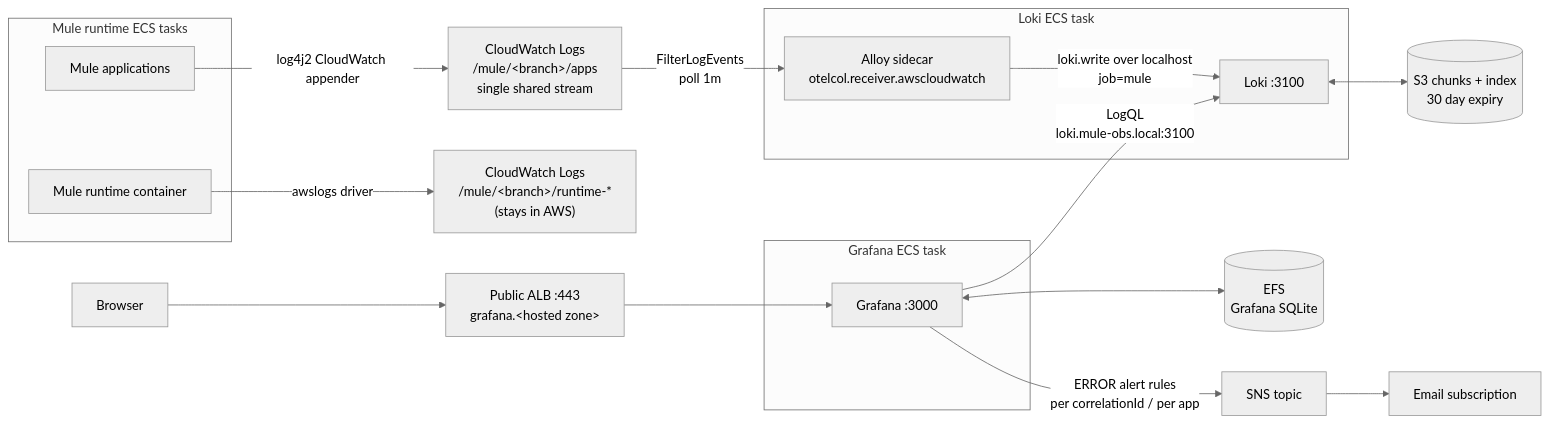
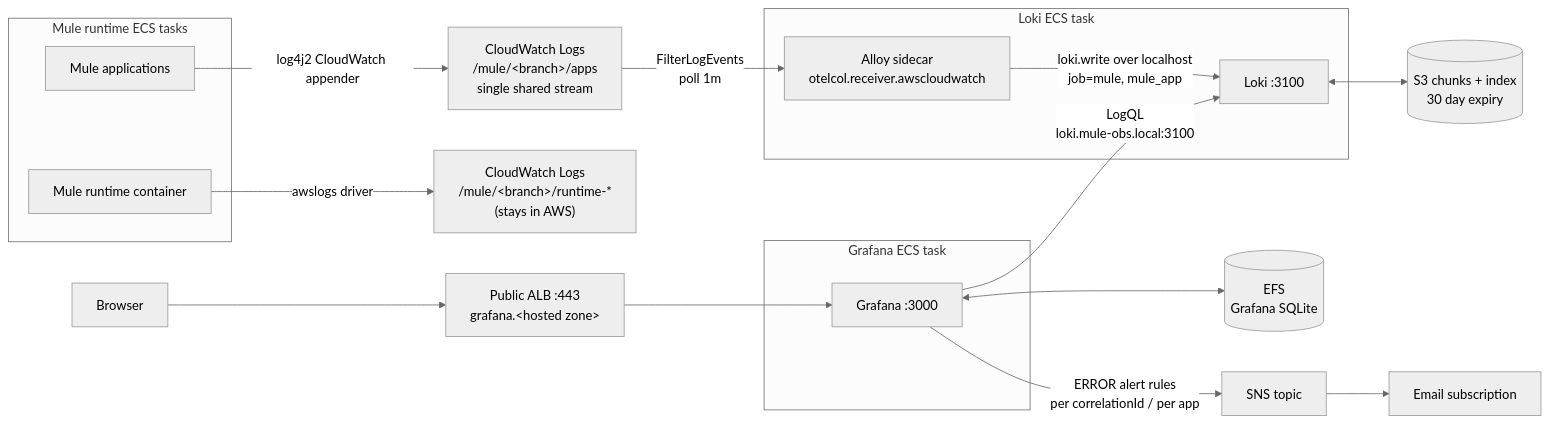
The diagram in README.md (GemeenteNijmegen/mule-infra), drawn with Mermaid (neutral theme) before and after one commit. The commit also changed other lines of this file and 3 other files, not shown here.

````diff
--- a/README.md
+++ b/README.md
@@ -113,30 +113,30 @@
 ```mermaid
 flowchart LR
     U["Browser"] --> ALB["Public ALB :443<br/>grafana.&lt;hosted zone&gt;"]
 
     subgraph muleTask["Mule runtime ECS tasks"]
         MR["Mule runtime container"]
         MA["Mule applications"]
     end
 
     MR -- "awslogs driver" --> CWR["CloudWatch Logs<br/>/mule/&lt;branch&gt;/runtime-*<br/>(stays in AWS)"]
     MA -- "log4j2 CloudWatch appender" --> CWA["CloudWatch Logs<br/>/mule/&lt;branch&gt;/apps<br/>single shared stream"]
 
     subgraph lokiTask["Loki ECS task"]
         AL["Alloy sidecar<br/>otelcol.receiver.awscloudwatch"]
         LK["Loki :3100"]
-        AL -- "loki.write over localhost<br/>job=mule" --> LK
+        AL -- "loki.write over localhost<br/>job=mule, mule_app" --> LK
     end
 
     CWA -- "FilterLogEvents<br/>poll 1m" --> AL
     LK <--> S3[("S3 chunks + index<br/>30 day expiry")]
 
     subgraph grafanaTask["Grafana ECS task"]
         GR["Grafana :3000"]
     end
 
     ALB --> GR
     GR <--> EFS[("EFS<br/>Grafana SQLite")]
     GR -- "LogQL<br/>loki.mule-obs.local:3100" --> LK
     GR -- "ERROR alert rules<br/>per correlationId / per app" --> SNS["SNS topic"] --> MAIL["Email subscription"]
 ```
````
